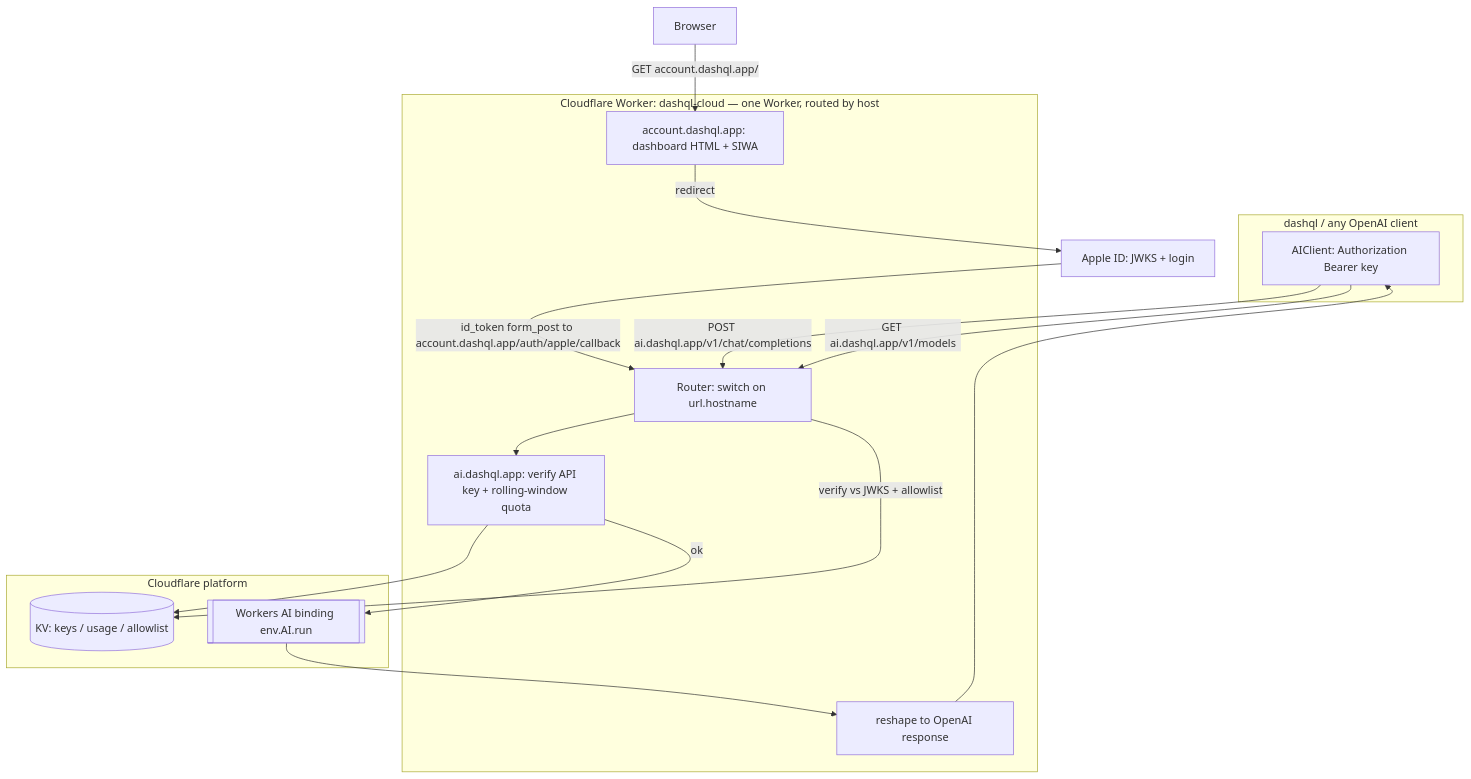
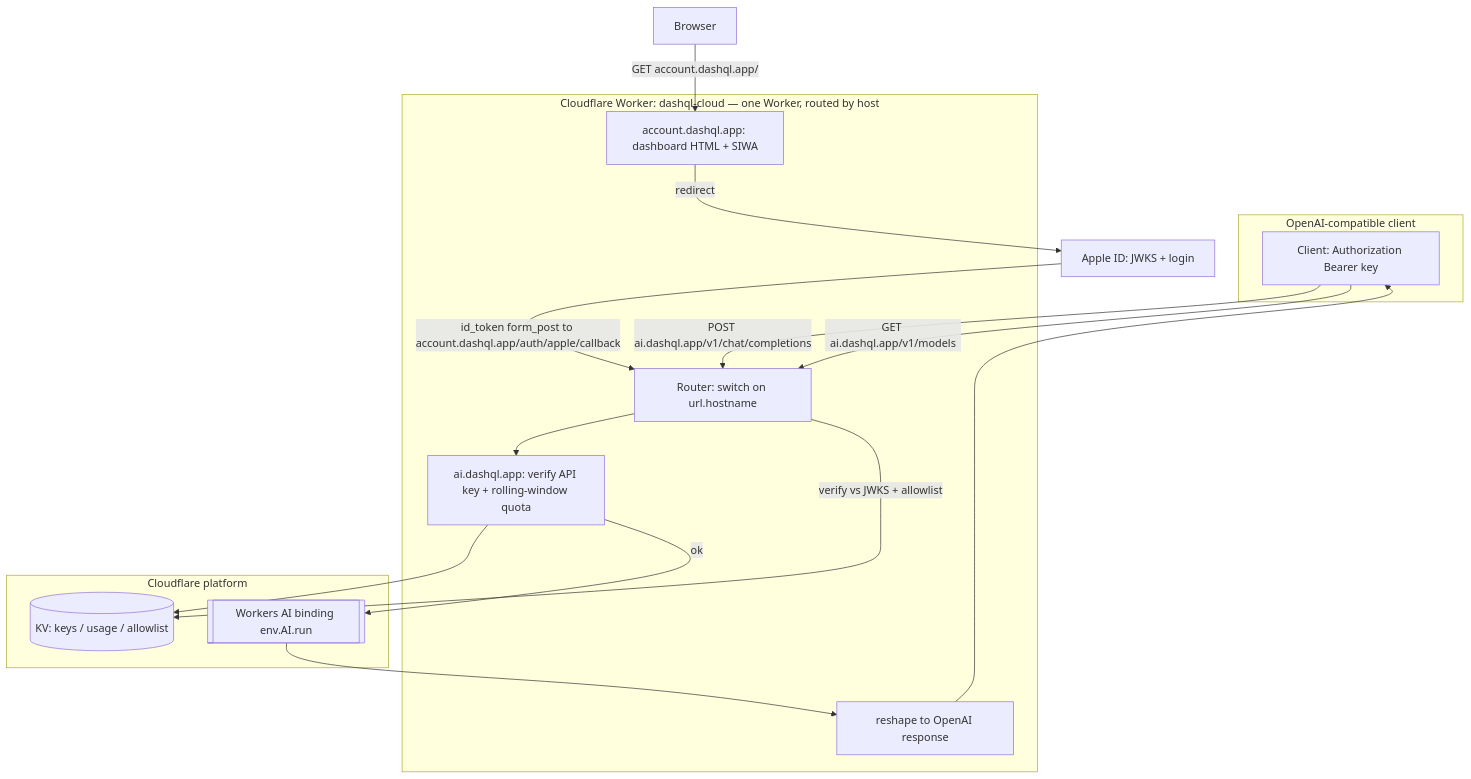
One commit to ankoh/dashql changed the diagram in docs/wip/account.md. Above: the diagram before and after it, drawn with Mermaid. The commit also changed other lines of this file and 87 other files, not shown here.

````diff
--- a/docs/wip/account.md
+++ b/docs/wip/account.md
@@ -69,24 +63,24 @@
 ```mermaid
 flowchart TD
-    subgraph client [dashql / any OpenAI client]
-        A[AIClient: Authorization Bearer key]
+    subgraph client [OpenAI-compatible client]
+        A[Client: Authorization Bearer key]
     end
     subgraph worker [Cloudflare Worker: dashql-cloud — one Worker, routed by host]
         R[Router: switch on url.hostname]
         DASH[account.dashql.app: dashboard HTML + SIWA]
         VERIFY[ai.dashql.app: verify API key + rolling-window quota]
         RESHAPE[reshape to OpenAI response]
     end
     subgraph cf [Cloudflare platform]
         KV[(KV: keys / usage / allowlist)]
         AI[[Workers AI binding env.AI.run]]
     end
     APPLE[Apple ID: JWKS + login]
 
     A -->|POST ai.dashql.app/v1/chat/completions| R --> VERIFY --> KV
     VERIFY -->|ok| AI --> RESHAPE --> A
     A -->|GET ai.dashql.app/v1/models| R
     U[Browser] -->|GET account.dashql.app/| DASH -->|redirect| APPLE
     APPLE -->|id_token form_post to account.dashql.app/auth/apple/callback| R
     R -->|verify vs JWKS + allowlist| KV
 ```
````
